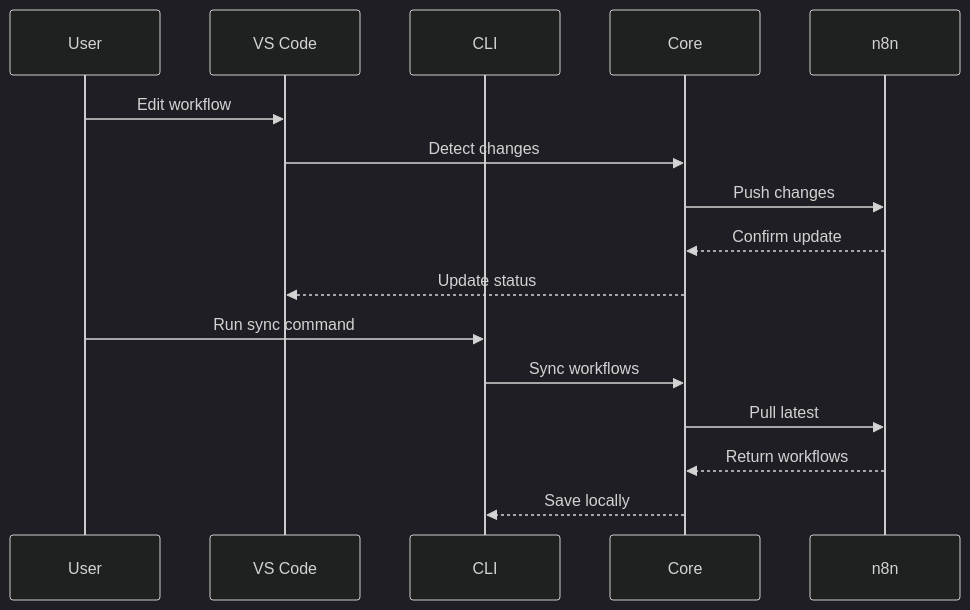
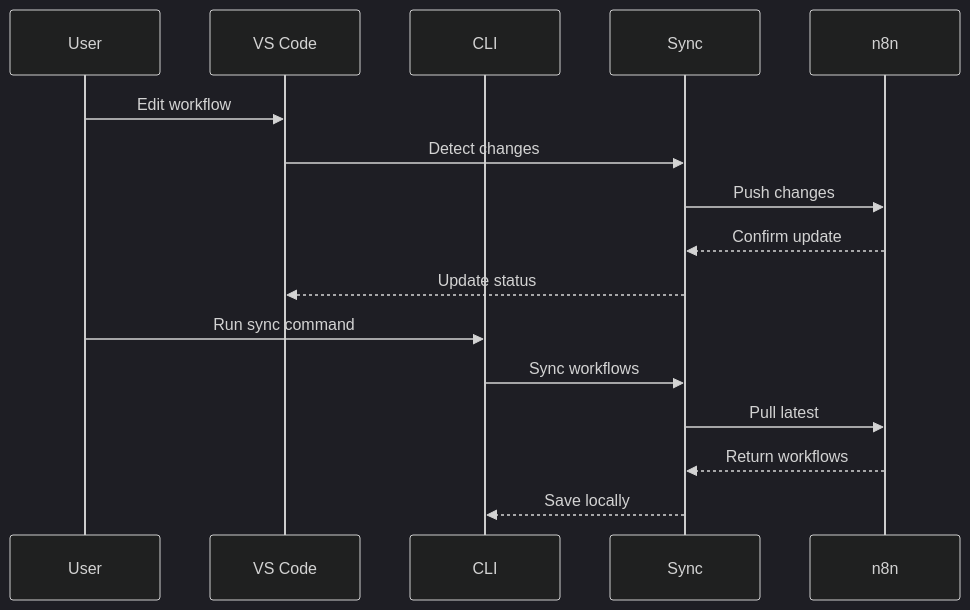
The third of 3 diagrams in docs/docs/contribution/architecture.md (EtienneLescot/n8n-as-code), drawn with Mermaid (dark theme) before and after one commit. The commit also changed other lines of this file and 70 other files, not shown here.

First line of the commit message:
Refactor package names from core to sync and agent-cli to skills

````diff
--- a/docs/docs/contribution/architecture.md
+++ b/docs/docs/contribution/architecture.md
@@ -324,20 +324,20 @@
 ```mermaid
 sequenceDiagram
     participant User
     participant VS Code
     participant CLI
-    participant Core
+    participant Sync
     participant n8n
     
     User->>VS Code: Edit workflow
-    VS Code->>Core: Detect changes
-    Core->>n8n: Push changes
-    n8n-->>Core: Confirm update
-    Core-->>VS Code: Update status
+    VS Code->>Sync: Detect changes
+    Sync->>n8n: Push changes
+    n8n-->>Sync: Confirm update
+    Sync-->>VS Code: Update status
     
     User->>CLI: Run sync command
-    CLI->>Core: Sync workflows
-    Core->>n8n: Pull latest
-    n8n-->>Core: Return workflows
-    Core-->>CLI: Save locally
+    CLI->>Sync: Sync workflows
+    Sync->>n8n: Pull latest
+    n8n-->>Sync: Return workflows
+    Sync-->>CLI: Save locally
 ```
````
